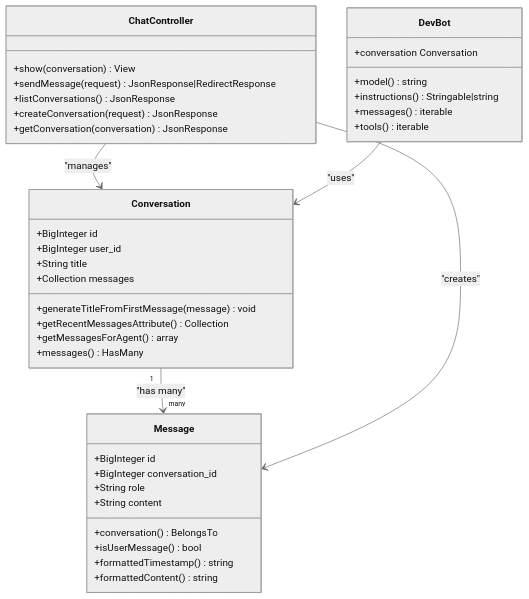
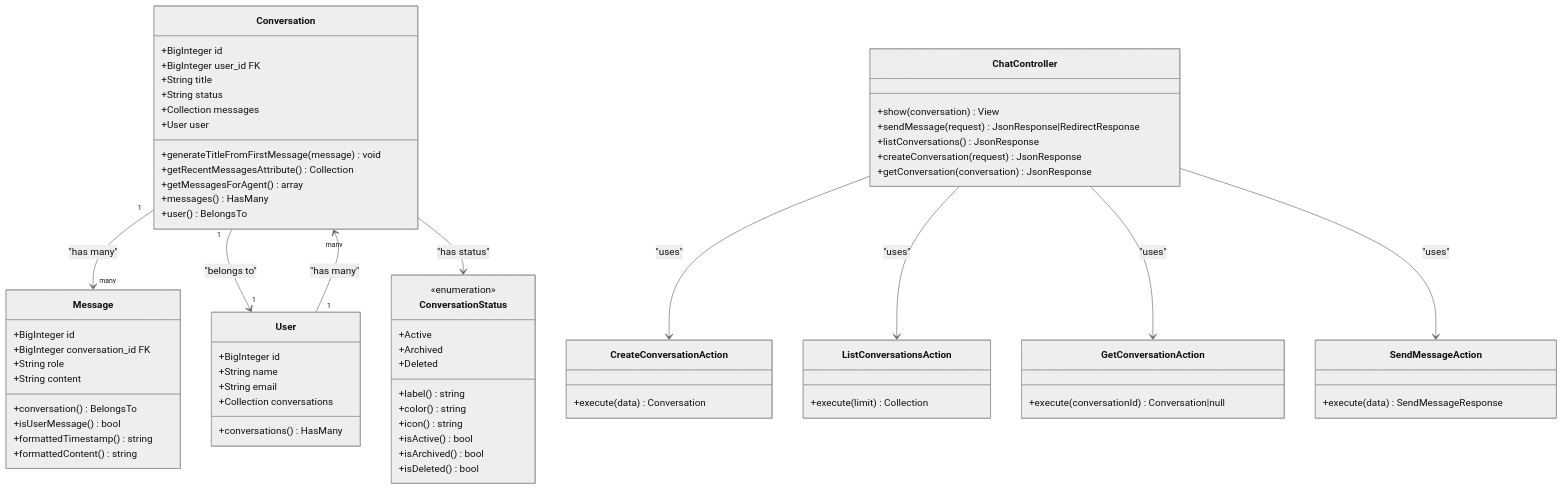
Before and after one commit to siimliimand/laravel-assistant: the second of 8 diagrams in .qoder/repowiki/en/content/Database and Data Management/Conversation Persistence System.md, drawn with Mermaid (neutral theme). The commit also changed other lines of this file and 5 other files, not shown here.

````diff
--- a/.qoder/repowiki/en/content/Database and Data Management/Conversation Persistence System.md
+++ b/.qoder/repowiki/en/content/Database and Data Management/Conversation Persistence System.md
@@ -109,41 +129,72 @@
 ```mermaid
 classDiagram
 class Conversation {
 +BigInteger id
-+BigInteger user_id
++BigInteger user_id FK
 +String title
++String status
 +Collection messages
++User user
 +generateTitleFromFirstMessage(message) void
 +getRecentMessagesAttribute() Collection
 +getMessagesForAgent() array
 +messages() HasMany
++user() BelongsTo
 }
 class Message {
 +BigInteger id
-+BigInteger conversation_id
++BigInteger conversation_id FK
 +String role
 +String content
 +conversation() BelongsTo
 +isUserMessage() bool
 +formattedTimestamp() string
 +formattedContent() string
+}
+class User {
++BigInteger id
++String name
++String email
++Collection conversations
++conversations() HasMany
+}
+class ConversationStatus {
+<<enumeration>>
++Active
++Archived
++Deleted
++label() string
++color() string
++icon() string
++isActive() bool
++isArchived() bool
++isDeleted() bool
 }
 class ChatController {
 +show(conversation) View
 +sendMessage(request) JsonResponse|RedirectResponse
 +listConversations() JsonResponse
 +createConversation(request) JsonResponse
 +getConversation(conversation) JsonResponse
 }
-class DevBot {
-+conversation Conversation
-+model() string
-+instructions() Stringable|string
-+messages() iterable
-+tools() iterable
+class CreateConversationAction {
++execute(data) Conversation
+}
+class ListConversationsAction {
++execute(limit) Collection
+}
+class GetConversationAction {
++execute(conversationId) Conversation|null
+}
+class SendMessageAction {
++execute(data) SendMessageResponse
 }
 Conversation "1" --> "many" Message : "has many"
-ChatController --> Conversation : "manages"
-ChatController --> Message : "creates"
-DevBot --> Conversation : "uses"
+Conversation "1" --> "1" User : "belongs to"
+User "1" --> "many" Conversation : "has many"
+Conversation --> ConversationStatus : "has status"
+ChatController --> CreateConversationAction : "uses"
+ChatController --> ListConversationsAction : "uses"
+ChatController --> GetConversationAction : "uses"
+ChatController --> SendMessageAction : "uses"
 ```
````
